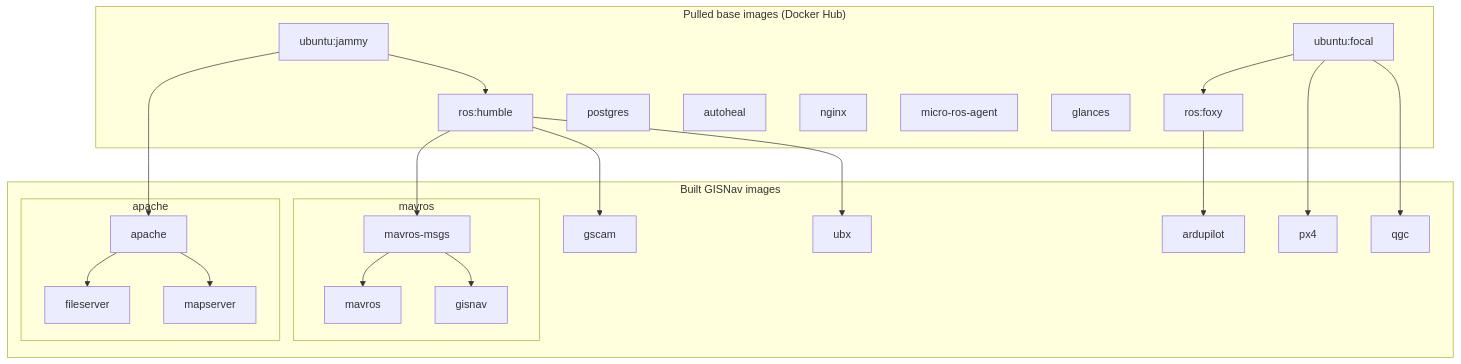
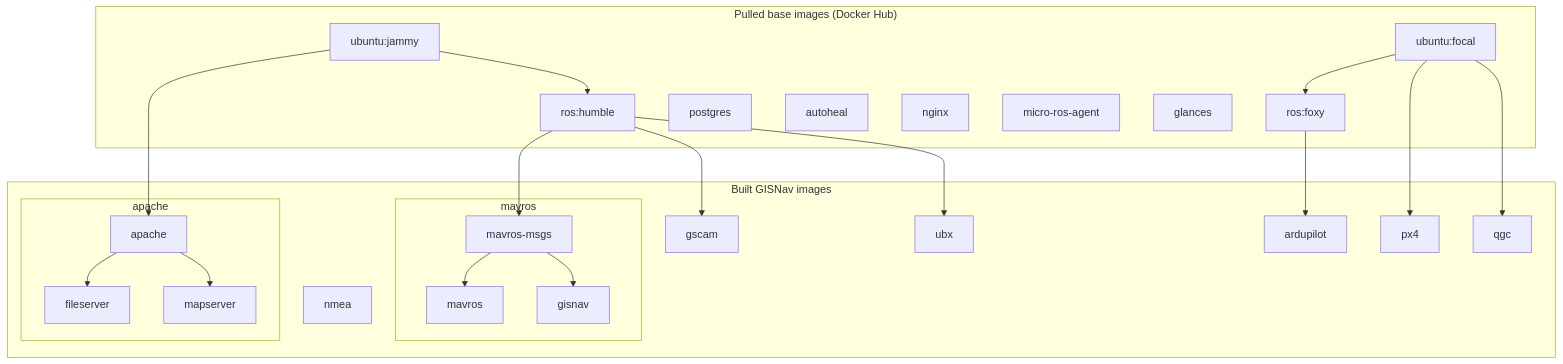
One commit to hmakelin/gisnav changed the second of 3 diagrams in docs/vitepress/docs/system-architecture.md. Above: the diagram before and after it, drawn with Mermaid. The commit also changed other lines of this file, not shown here.

Commit message:
Update service architecture and ROS topography diagrams

````diff
--- a/docs/vitepress/docs/system-architecture.md
+++ b/docs/vitepress/docs/system-architecture.md
@@ -79,48 +81,49 @@
 ```mermaid
 graph TD
     subgraph base_images ["Pulled base images (Docker Hub)"]
         ubuntu_jammy["ubuntu:jammy"]
         ubuntu_focal["ubuntu:focal"]
         ros_humble["ros:humble"]
         ros_foxy["ros:foxy"]
         postgres
         autoheal
         nginx
         micro-ros-agent
         glances
     end
 
     subgraph built_images ["Built GISNav images"]
         subgraph apache_ctx[apache]
             apache
             mapserver
             fileserver
         end
         subgraph mavros_ctx[mavros]
             gisnav
             mavros
             mavros-msgs
         end
         gscam
         ubx
+        nmea
         px4
         ardupilot
         qgc
     end
 
 
     ubuntu_focal --> ros_foxy
     ubuntu_jammy --> apache
     apache --> fileserver
     apache --> mapserver
     ubuntu_jammy --> ros_humble
     ros_humble --> mavros-msgs
     mavros-msgs --> mavros
     mavros-msgs --> gisnav
     ros_humble --> gscam
     ros_humble --> ubx
     ubuntu_focal --> px4
     ros_foxy --> ardupilot
     ubuntu_focal --> qgc
 
 ```
````
